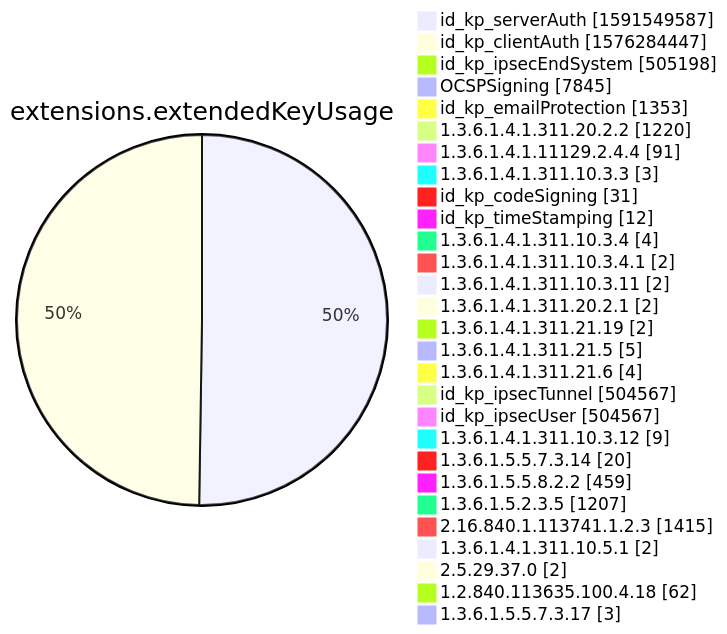
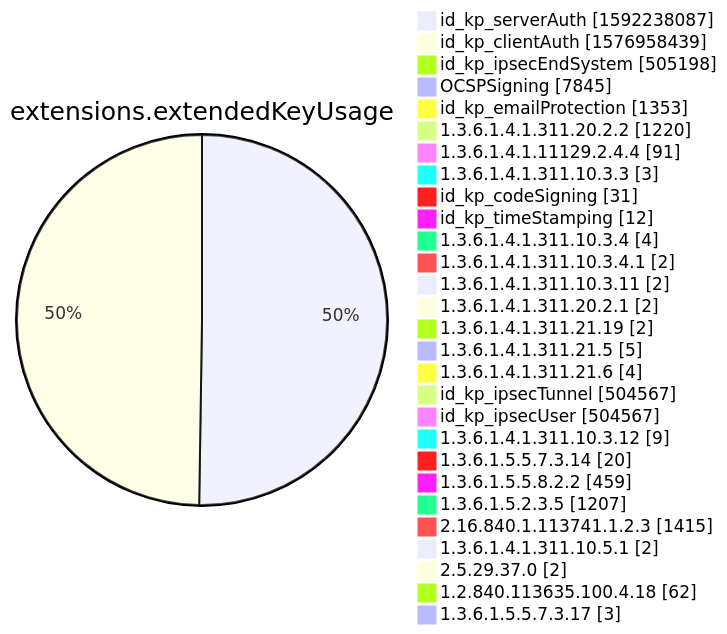
One commit to christiankrug/ctmonitor_visualization changed diagram 12 of 15 in xenon2022/README.md. Above: the diagram before and after it, drawn with Mermaid. The commit also changed other lines of this file, not shown here.

````diff
--- a/xenon2022/README.md
+++ b/xenon2022/README.md
@@ -3885,32 +3885,32 @@
 ```mermaid
 pie showData
 title extensions.extendedKeyUsage
-"id_kp_serverAuth" :1591549587
-"id_kp_clientAuth" :1576284447
+"id_kp_serverAuth" :1592238087
+"id_kp_clientAuth" :1576958439
 "id_kp_ipsecEndSystem" :505198
 "OCSPSigning" :7845
 "id_kp_emailProtection" :1353
 "1.3.6.1.4.1.311.20.2.2" :1220
 "1.3.6.1.4.1.11129.2.4.4" :91
 "1.3.6.1.4.1.311.10.3.3" :3
 "id_kp_codeSigning" :31
 "id_kp_timeStamping" :12
 "1.3.6.1.4.1.311.10.3.4" :4
 "1.3.6.1.4.1.311.10.3.4.1" :2
 "1.3.6.1.4.1.311.10.3.11" :2
 "1.3.6.1.4.1.311.20.2.1" :2
 "1.3.6.1.4.1.311.21.19" :2
 "1.3.6.1.4.1.311.21.5" :5
 "1.3.6.1.4.1.311.21.6" :4
 "id_kp_ipsecTunnel" :504567
 "id_kp_ipsecUser" :504567
 "1.3.6.1.4.1.311.10.3.12" :9
 "1.3.6.1.5.5.7.3.14" :20
 "1.3.6.1.5.5.8.2.2" :459
 "1.3.6.1.5.2.3.5" :1207
 "2.16.840.1.113741.1.2.3" :1415
 "1.3.6.1.4.1.311.10.5.1" :2
 "2.5.29.37.0" :2
 "1.2.840.113635.100.4.18" :62
 "1.3.6.1.5.5.7.3.17" :3
 ```
````
